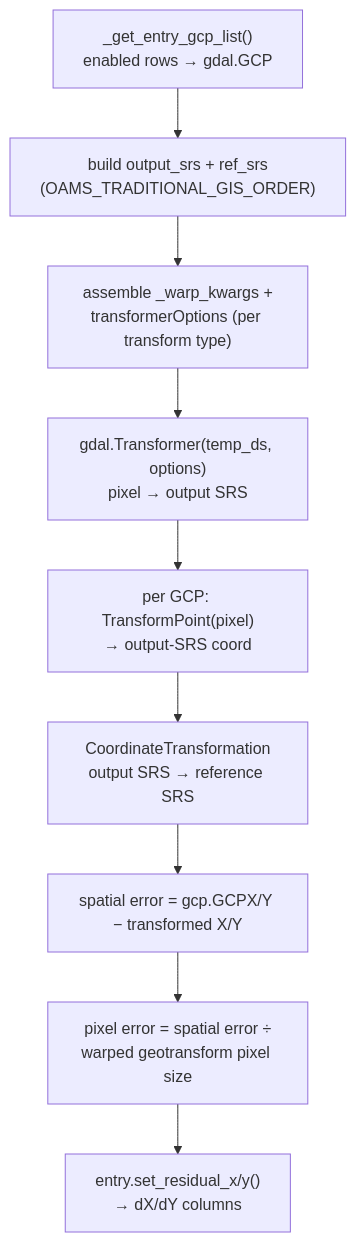
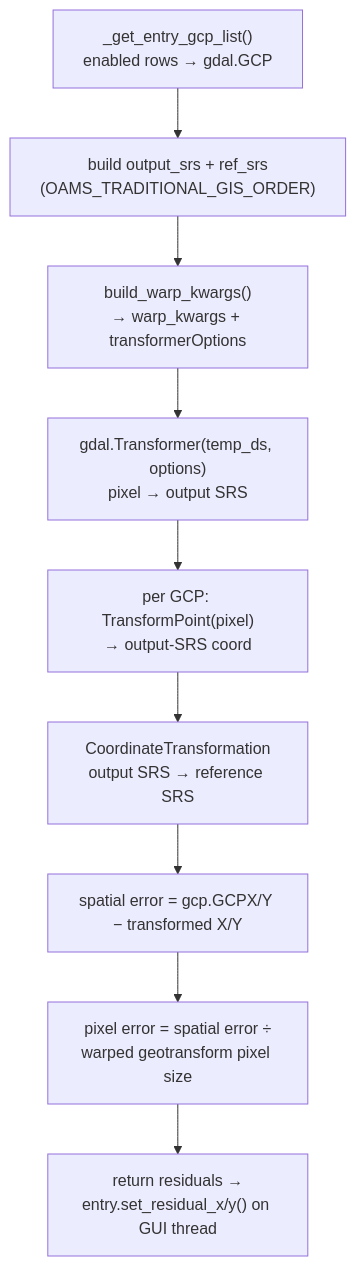
One commit to Ehlmann-research-group/WISER changed the fourth of 5 diagrams in doc/sphinx-general-wiser-docs/source/developer-content/georeferencer-internals.md. Above: the diagram before and after it, drawn with Mermaid. The commit also changed other lines of this file, not shown here.

````diff
--- a/doc/sphinx-general-wiser-docs/source/developer-content/georeferencer-internals.md
+++ b/doc/sphinx-general-wiser-docs/source/developer-content/georeferencer-internals.md
@@ -373,11 +414,11 @@
 ```{mermaid}
 flowchart TD
     A["_get_entry_gcp_list()<br/>enabled rows → gdal.GCP"] --> B["build output_srs + ref_srs<br/>(OAMS_TRADITIONAL_GIS_ORDER)"]
-    B --> C["assemble _warp_kwargs +<br/>transformerOptions (per transform type)"]
+    B --> C["build_warp_kwargs()<br/>→ warp_kwargs + transformerOptions"]
     C --> D["gdal.Transformer(temp_ds, options)<br/>pixel → output SRS"]
     D --> E["per GCP: TransformPoint(pixel)<br/>→ output-SRS coord"]
     E --> F["CoordinateTransformation<br/>output SRS → reference SRS"]
     F --> G["spatial error = gcp.GCPX/Y − transformed X/Y"]
     G --> H["pixel error = spatial error ÷<br/>warped geotransform pixel size"]
-    H --> I["entry.set_residual_x/y()<br/>→ dX/dY columns"]
+    H --> I["return residuals →<br/>entry.set_residual_x/y() on GUI thread"]
 ```
````
